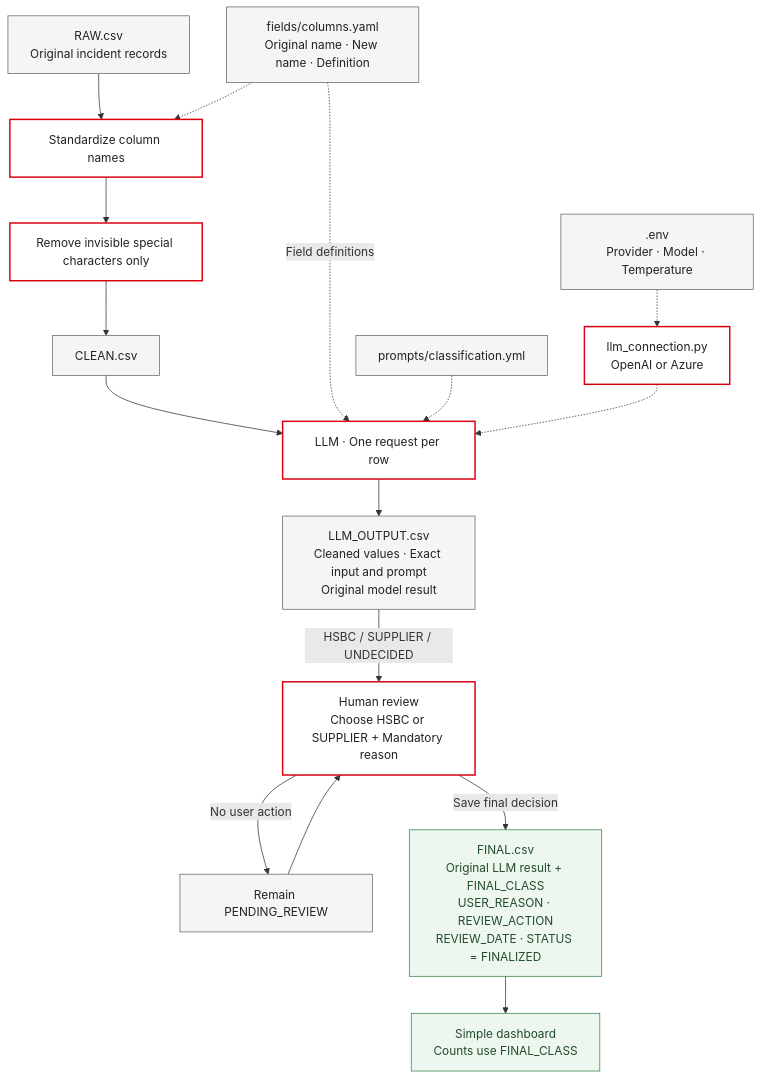
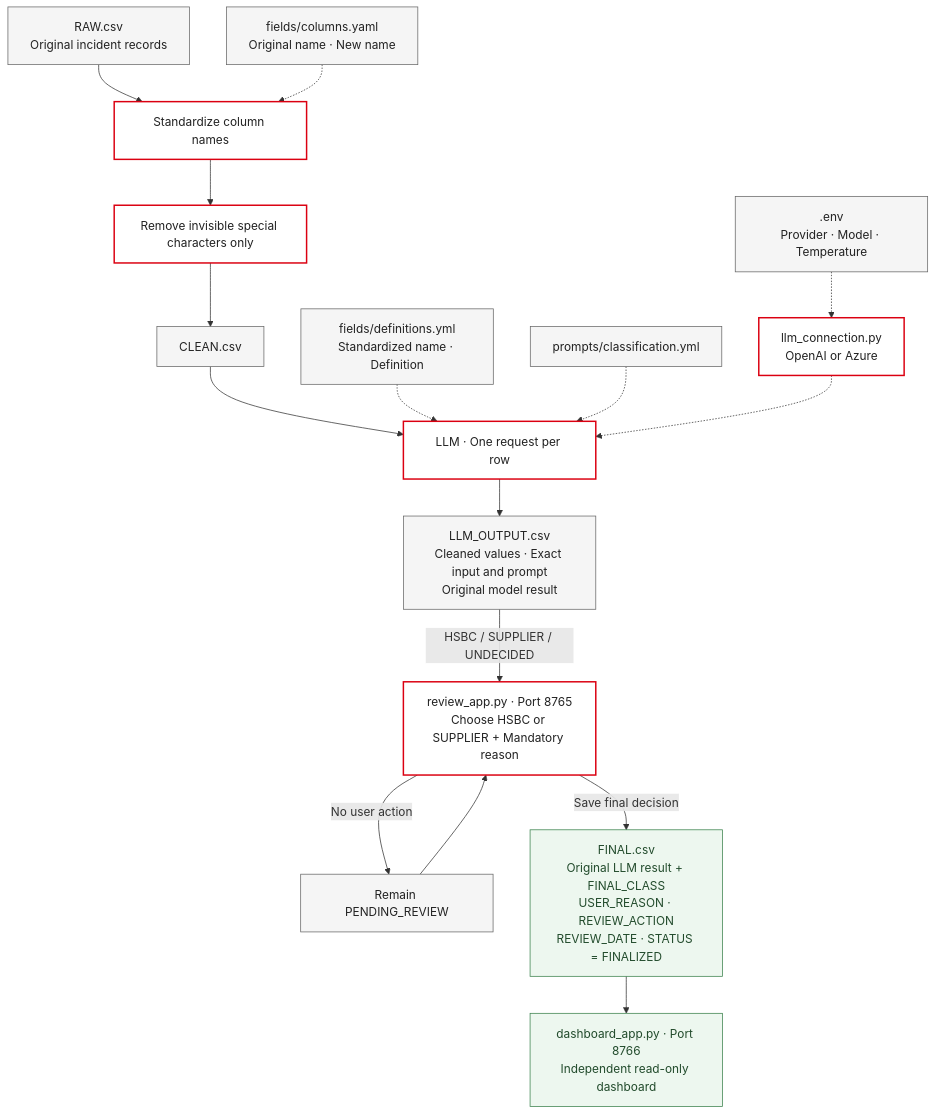
Before and after one commit to alirezarashidipp/mock-up-WS4-pipeline: the diagram in docs/architecture.md, drawn with Mermaid. The commit also changed other lines of this file and 29 other files, not shown here.

Commit message:
Split demo pipelines and independent review and dashboard apps

````diff
--- a/docs/architecture.md
+++ b/docs/architecture.md
@@ -3,24 +3,24 @@
 ```mermaid
 flowchart TD
     RAW["RAW.csv<br/>Original incident records"] --> RENAME["Standardize column names"]
-    CONFIG["fields/columns.yaml<br/>Original name · New name · Definition"] -.-> RENAME
+    CONFIG["fields/columns.yaml<br/>Original name · New name"] -.-> RENAME
     RENAME --> CLEANING["Remove invisible special characters only"]
     CLEANING --> CLEAN["CLEAN.csv"]
     CLEAN --> LLM["LLM · One request per row"]
-    CONFIG -.->|"Field definitions"| LLM
+    DEFINITIONS["fields/definitions.yml<br/>Standardized name · Definition"] -.-> LLM
     PROMPT["prompts/classification.yml"] -.-> LLM
     ENV[".env<br/>Provider · Model · Temperature"] -.-> CONNECTION["llm_connection.py<br/>OpenAI or Azure"]
     CONNECTION -.-> LLM
     LLM --> OUTPUT["LLM_OUTPUT.csv<br/>Cleaned values · Exact input and prompt<br/>Original model result"]
-    OUTPUT -->|"HSBC / SUPPLIER / UNDECIDED"| REVIEW["Human review<br/>Choose HSBC or SUPPLIER + Mandatory reason"]
+    OUTPUT -->|"HSBC / SUPPLIER / UNDECIDED"| REVIEW["review_app.py · Port 8765<br/>Choose HSBC or SUPPLIER + Mandatory reason"]
     REVIEW -->|"No user action"| PENDING["Remain PENDING_REVIEW"]
     PENDING --> REVIEW
     REVIEW -->|"Save final decision"| FINAL["FINAL.csv<br/>Original LLM result + FINAL_CLASS<br/>USER_REASON · REVIEW_ACTION<br/>REVIEW_DATE · STATUS = FINALIZED"]
-    FINAL --> DASHBOARD["Simple dashboard<br/>Counts use FINAL_CLASS"]
+    FINAL --> DASHBOARD["dashboard_app.py · Port 8766<br/>Independent read-only dashboard"]
     classDef process fill:#fff,stroke:#db0011,stroke-width:2px,color:#222
     classDef file fill:#f5f5f5,stroke:#666,color:#222
     classDef final fill:#edf7ef,stroke:#39804b,color:#224b2c
     class RENAME,CLEANING,LLM,CONNECTION,REVIEW process
-    class RAW,CONFIG,CLEAN,PROMPT,ENV,OUTPUT,PENDING file
+    class RAW,CONFIG,DEFINITIONS,CLEAN,PROMPT,ENV,OUTPUT,PENDING file
     class FINAL,DASHBOARD final
 ```
````
